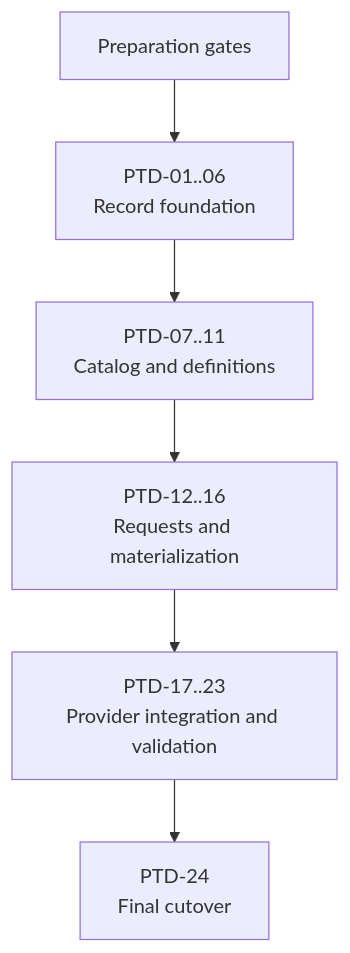
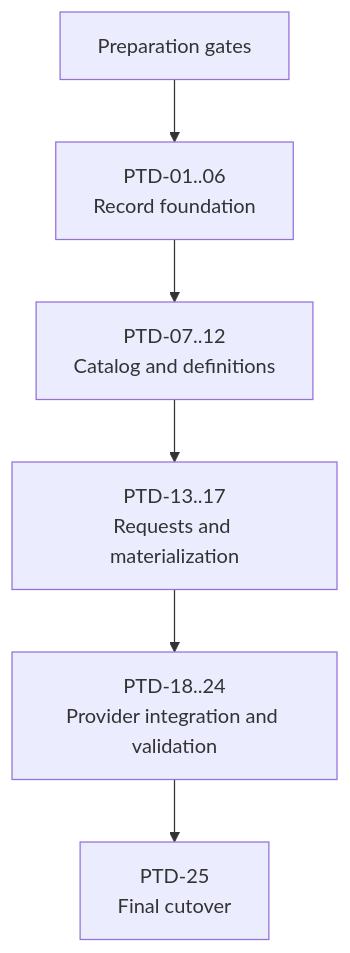
Before and after one commit to omry/reploy: the diagram in docs/PORTABLE_TOOL_DEFINITION_IMPLEMENTATION_PLAN.md, drawn with Mermaid. The commit also changed other lines of this file and 1 other file, not shown here.

First line of the commit message:
Split PTD-09 into candidate selection and joint solving

````diff
--- a/docs/PORTABLE_TOOL_DEFINITION_IMPLEMENTATION_PLAN.md
+++ b/docs/PORTABLE_TOOL_DEFINITION_IMPLEMENTATION_PLAN.md
@@ -201,8 +201,8 @@
 ```mermaid
 flowchart TD
     PREP["Preparation gates"] --> FOUNDATION["PTD-01..06\nRecord foundation"]
-    FOUNDATION --> CATALOG["PTD-07..11\nCatalog and definitions"]
-    CATALOG --> ACQUIRE["PTD-12..16\nRequests and materialization"]
-    ACQUIRE --> PROVIDERS["PTD-17..23\nProvider integration and validation"]
-    PROVIDERS --> FINAL["PTD-24\nFinal cutover"]
+    FOUNDATION --> CATALOG["PTD-07..12\nCatalog and definitions"]
+    CATALOG --> ACQUIRE["PTD-13..17\nRequests and materialization"]
+    ACQUIRE --> PROVIDERS["PTD-18..24\nProvider integration and validation"]
+    PROVIDERS --> FINAL["PTD-25\nFinal cutover"]
 ```
````
